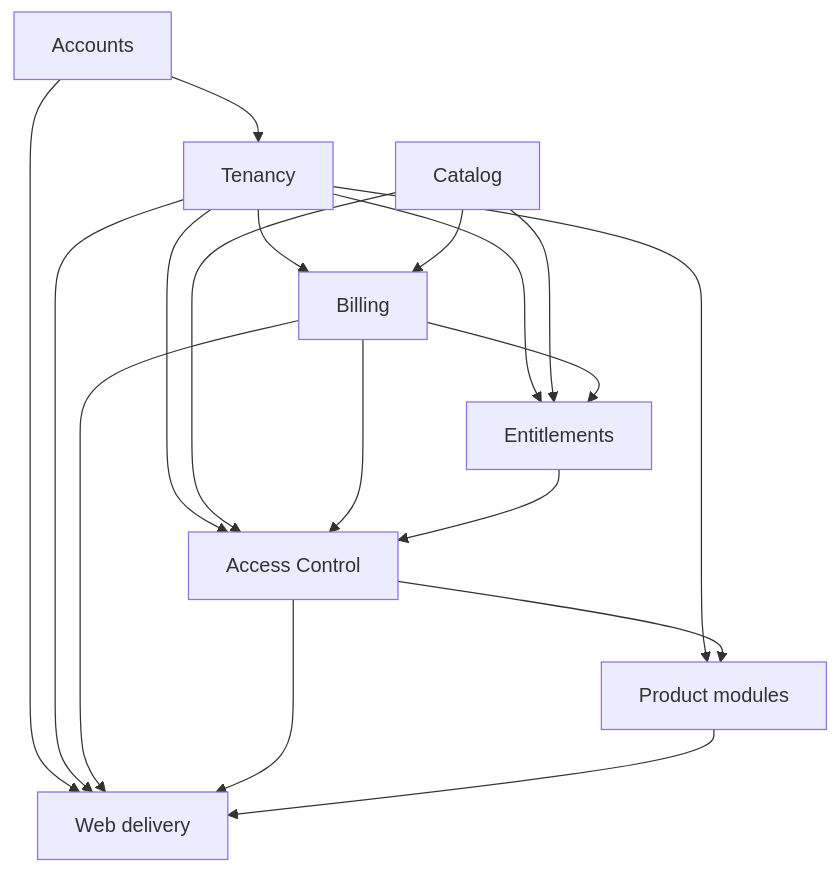
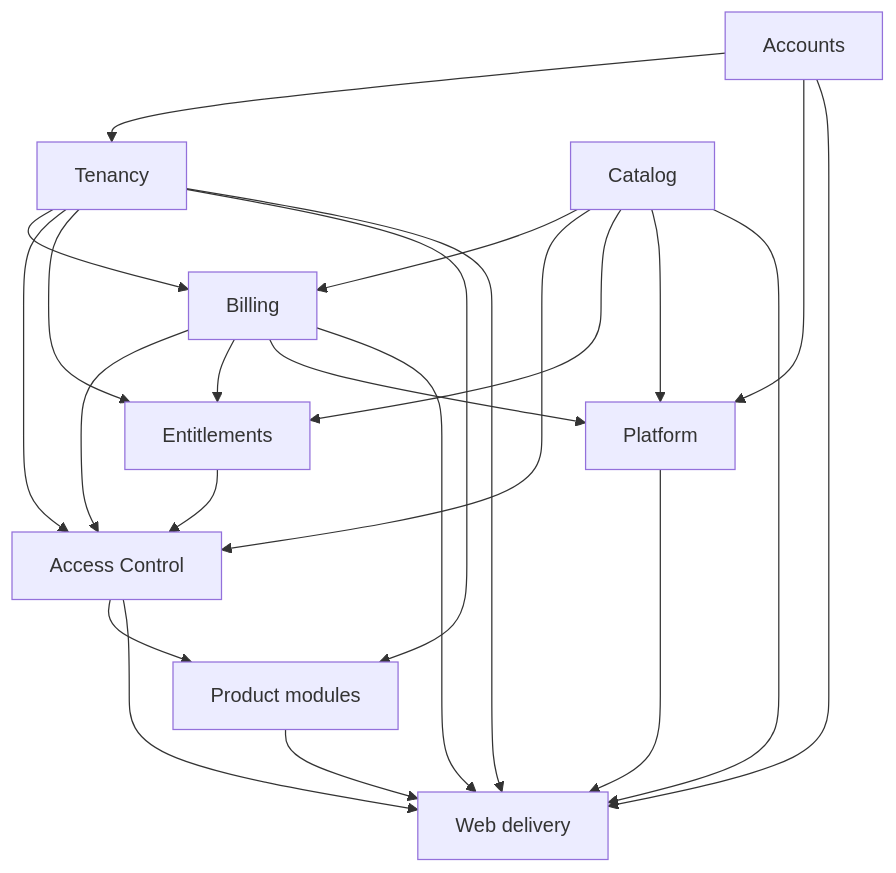
Before and after one commit to alekpopovic/RailsSass: the second of 2 diagrams in docs/architecture.md, drawn with Mermaid. The commit also changed other lines of this file and 70 other files, not shown here.

````diff
--- a/docs/architecture.md
+++ b/docs/architecture.md
@@ -96,20 +96,25 @@
 ```mermaid
 flowchart TD
   Accounts --> Tenancy
   Tenancy --> Billing
   Catalog --> Billing
   Tenancy --> Access[Access Control]
   Catalog --> Access
   Billing --> Access
   Tenancy --> Entitlements
   Catalog --> Entitlements
   Billing --> Entitlements
   Entitlements --> Access
   Tenancy --> Products[Product modules]
   Access --> Products
+  Accounts --> Platform
+  Catalog --> Platform
+  Billing --> Platform
   Accounts --> Web[Web delivery]
   Tenancy --> Web
   Billing --> Web
+  Catalog --> Web
   Access --> Web
   Products --> Web
+  Platform --> Web
 ```
````
